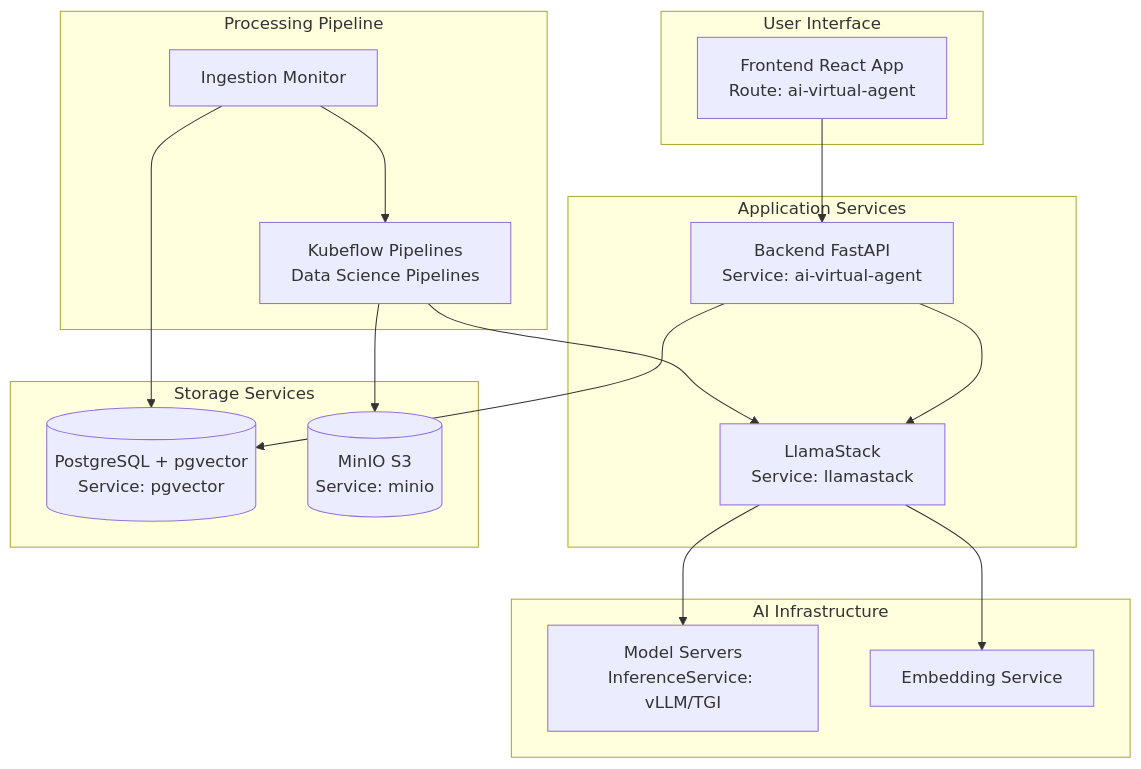
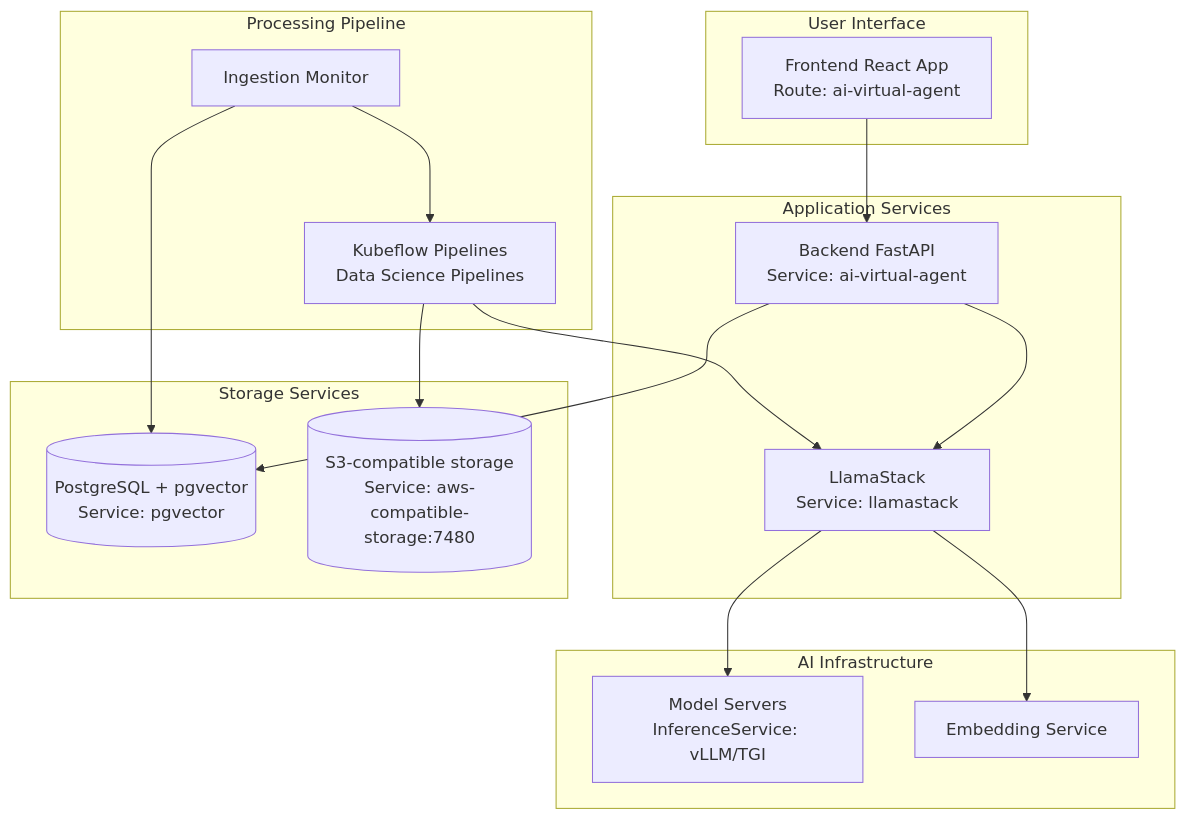
The diagram in INSTALLING.md (rh-ai-quickstart/ai-virtual-agent), drawn with Mermaid before and after one commit. The commit also changed other lines of this file and 18 other files, not shown here.

First line of the commit message:
fix: migrate to new aws compatible storage chart

````diff
--- a/INSTALLING.md
+++ b/INSTALLING.md
@@ -32,36 +32,36 @@
 ```mermaid
 graph TB
     subgraph "User Interface"
         UI[Frontend React App<br/>Route: ai-virtual-agent]
     end
 
     subgraph "Application Services"
         API[Backend FastAPI<br/>Service: ai-virtual-agent]
         LS[LlamaStack<br/>Service: llamastack]
     end
 
     subgraph "Storage Services"
         DB[(PostgreSQL + pgvector<br/>Service: pgvector)]
-        S3[(MinIO S3<br/>Service: minio)]
+        S3[(S3-compatible storage<br/>Service: aws-compatible-storage:7480)]
     end
 
     subgraph "AI Infrastructure"
         LLM[Model Servers<br/>InferenceService: vLLM/TGI]
         EMB[Embedding Service]
     end
 
     subgraph "Processing Pipeline"
         MON[Ingestion Monitor]
         KFP[Kubeflow Pipelines<br/>Data Science Pipelines]
     end
 
     UI --> API
     API --> LS
     API --> DB
     LS --> LLM
     LS --> EMB
     MON --> DB
     MON --> KFP
     KFP --> S3
     KFP --> LS
 ```
````
